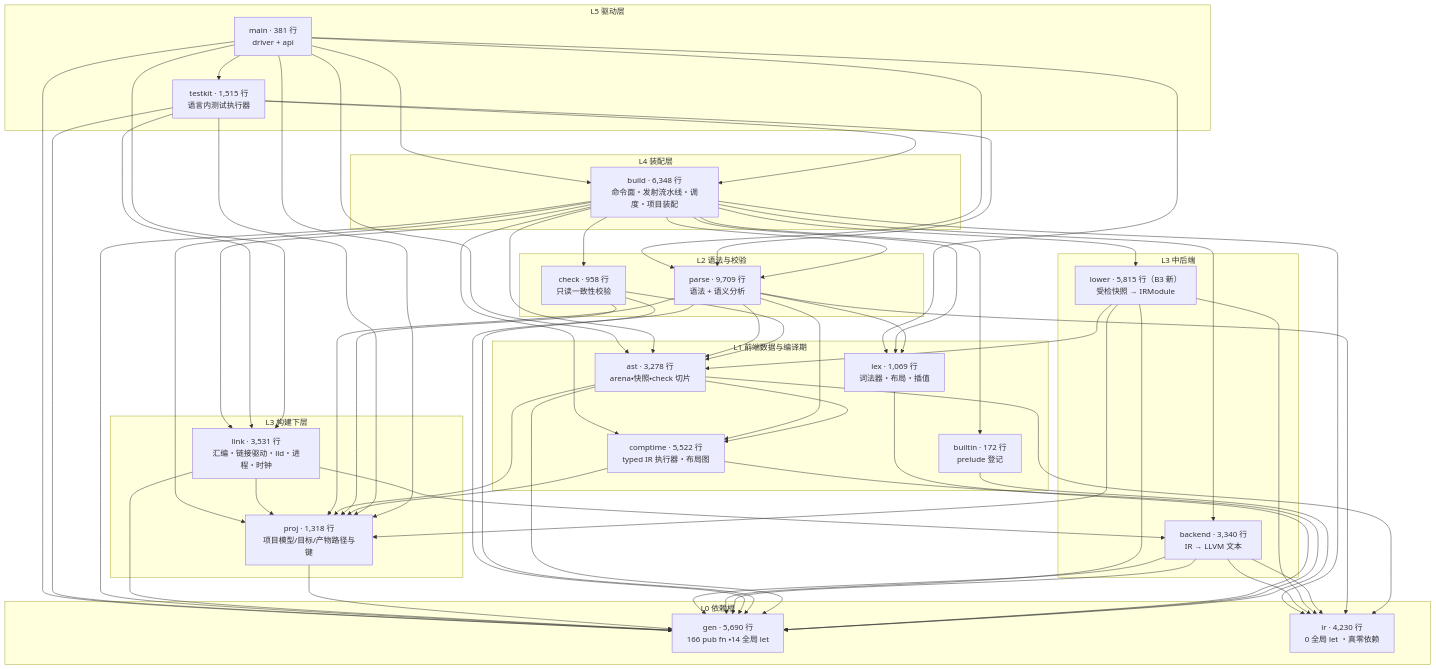
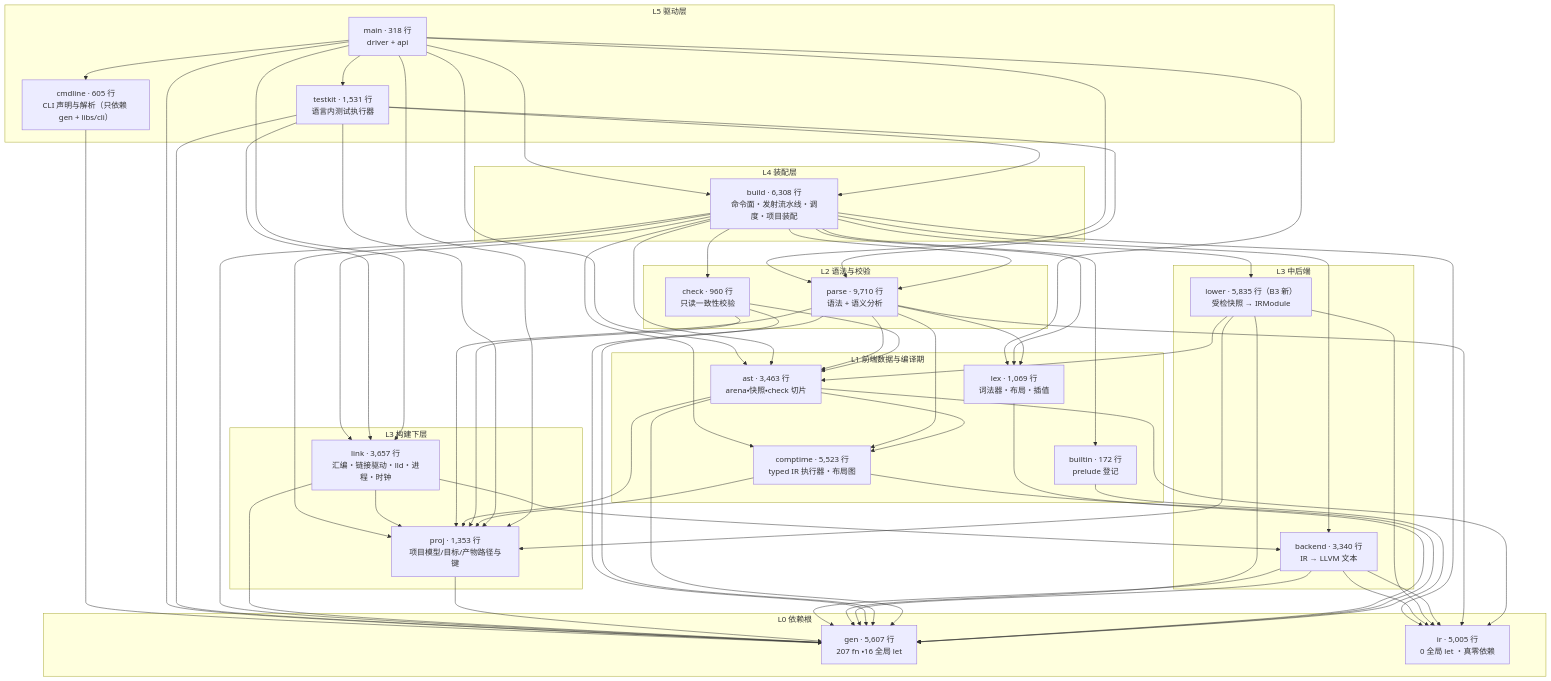
The second of 9 diagrams in docs/03-design/yh-架构图-2026-10-25.md (lalavender/x), drawn with Mermaid before and after one commit. The commit also changed 5 other files, not shown here.

First line of the commit message:
docs: finish 归档 2026-10-22～25（91 条）、B2 方案回填、模块清单与架构图对齐 16 模块

````diff
--- a/docs/03-design/yh-架构图-2026-10-25.md
+++ b/docs/03-design/yh-架构图-2026-10-25.md
@@ -81,36 +81,39 @@
 ```mermaid
 flowchart TB
   subgraph L5["L5 驱动层"]
-    MAIN["main · 381 行<br/>driver + api"]
-    TK["testkit · 1,515 行<br/>语言内测试执行器"]
+    MAIN["main · 318 行<br/>driver + api"]
+    CL["cmdline · 605 行<br/>CLI 声明与解析（只依赖 gen + libs/cli）"]
+    TK["testkit · 1,531 行<br/>语言内测试执行器"]
   end
   subgraph L4["L4 装配层"]
-    BUILD["build · 6,348 行<br/>命令面・发射流水线・调度・项目装配"]
+    BUILD["build · 6,308 行<br/>命令面・发射流水线・调度・项目装配"]
   end
   subgraph L3B["L3 构建下层"]
-    PROJ["proj · 1,318 行<br/>项目模型/目标/产物路径与键"]
-    LINK["link · 3,531 行<br/>汇编・链接驱动・lld・进程・时钟"]
+    PROJ["proj · 1,353 行<br/>项目模型/目标/产物路径与键"]
+    LINK["link · 3,657 行<br/>汇编・链接驱动・lld・进程・时钟"]
   end
   subgraph L3["L3 中后端"]
-    LOWER["lower · 5,815 行（B3 新）<br/>受检快照 → IRModule"]
+    LOWER["lower · 5,835 行（B3 新）<br/>受检快照 → IRModule"]
     BE["backend · 3,340 行<br/>IR → LLVM 文本"]
   end
   subgraph L2["L2 语法与校验"]
-    PARSE["parse · 9,709 行<br/>语法 + 语义分析"]
-    CHECK["check · 958 行<br/>只读一致性校验"]
+    PARSE["parse · 9,710 行<br/>语法 + 语义分析"]
+    CHECK["check · 960 行<br/>只读一致性校验"]
   end
   subgraph L1["L1 前端数据与编译期"]
-    AST["ast · 3,278 行<br/>arena・快照・check 切片"]
-    CT["comptime · 5,522 行<br/>typed IR 执行器・布局图"]
+    AST["ast · 3,463 行<br/>arena・快照・check 切片"]
+    CT["comptime · 5,523 行<br/>typed IR 执行器・布局图"]
     LEX["lex · 1,069 行<br/>词法器・布局・插值"]
     BI["builtin · 172 行<br/>prelude 登记"]
   end
   subgraph L0["L0 依赖根"]
-    GEN["gen · 5,690 行<br/>166 pub fn ・14 全局 let"]
-    IR["ir · 4,230 行<br/>0 全局 let ・真零依赖"]
+    GEN["gen · 5,607 行<br/>207 fn ・16 全局 let"]
+    IR["ir · 5,005 行<br/>0 全局 let ・真零依赖"]
   end
 
   MAIN --> BUILD
+  MAIN --> CL
+  CL --> GEN
   MAIN --> TK
   MAIN --> PARSE
   MAIN --> AST
````
